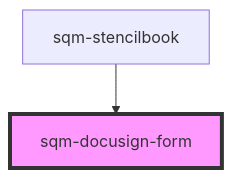
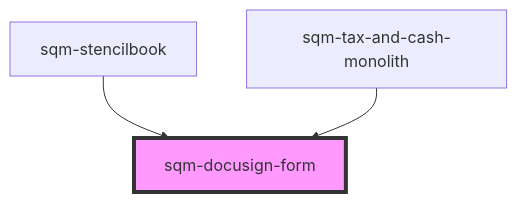
The diagram in packages/mint-components/src/components/tax-and-cash/sqm-docusign-form/readme.md (saasquatch/program-tools), drawn with Mermaid before and after one commit. The commit also changed other lines of this file and 11 other files, not shown here.

Commit message:
monolith tax and cash component

````diff
--- a/packages/mint-components/src/components/tax-and-cash/sqm-docusign-form/readme.md
+++ b/packages/mint-components/src/components/tax-and-cash/sqm-docusign-form/readme.md
@@ -35,5 +36,6 @@
 ```mermaid
 graph TD;
   sqm-stencilbook --> sqm-docusign-form
+  sqm-tax-and-cash-monolith --> sqm-docusign-form
   style sqm-docusign-form fill:#f9f,stroke:#333,stroke-width:4px
 ```
````
